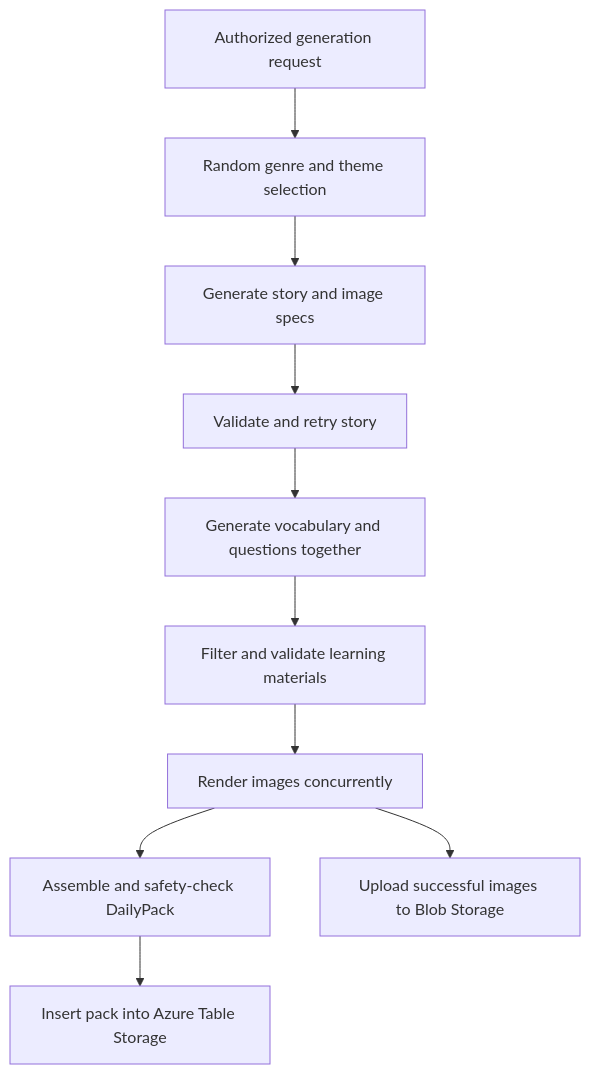
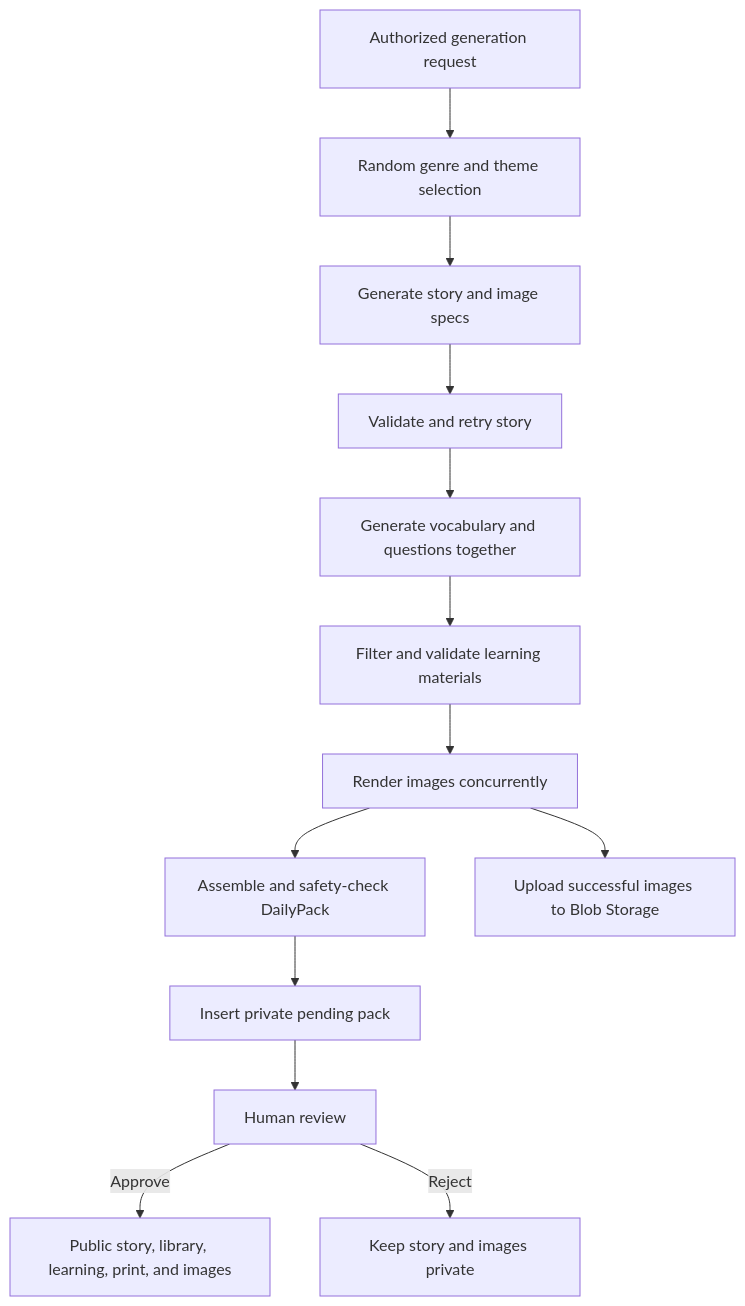
One commit to sumantmodak/Inkydoop changed the diagram in README.md. Above: the diagram before and after it, drawn with Mermaid. The commit also changed other lines of this file and 15 other files, not shown here.

Commit message:
feat: add admin story moderation and metadata review

````diff
--- a/README.md
+++ b/README.md
@@ -269,12 +304,15 @@
 ```mermaid
 flowchart TD
   Request[Authorized generation request] --> Selection[Random genre and theme selection]
   Selection --> Story[Generate story and image specs]
     Story --> StoryValidation[Validate and retry story]
     StoryValidation --> Learning[Generate vocabulary and questions together]
     Learning --> LearningValidation[Filter and validate learning materials]
     LearningValidation --> Images[Render images concurrently]
     Images --> Assemble[Assemble and safety-check DailyPack]
-    Assemble --> Table[Insert pack into Azure Table Storage]
+    Assemble --> Pending[Insert private pending pack]
     Images --> Blob[Upload successful images to Blob Storage]
+    Pending --> Review[Human review]
+    Review -->|Approve| Public[Public story, library, learning, print, and images]
+    Review -->|Reject| Private[Keep story and images private]
 ```
````
